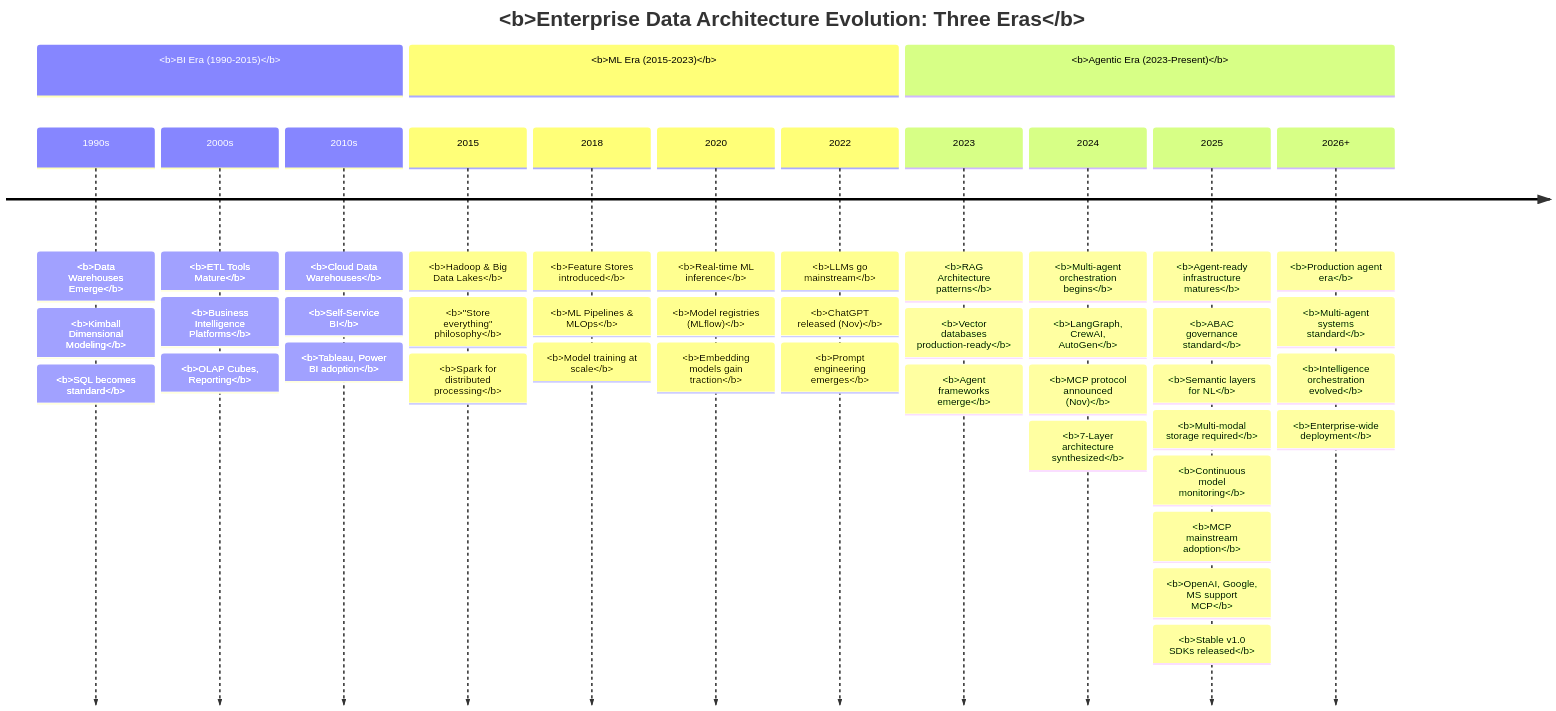
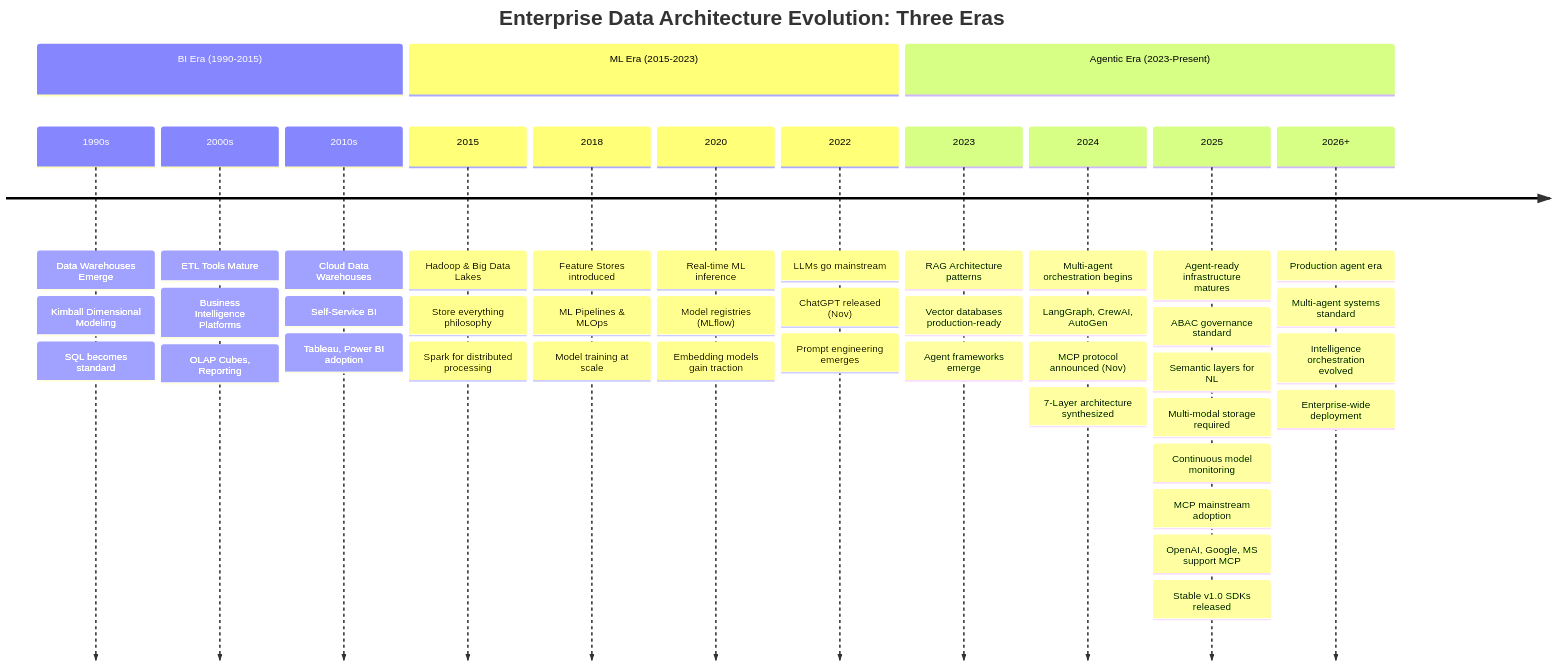
Diagram 16 of 16 in chapter-01/chapter_1_complete.md (colaberry/enterprise-data-readiness-ai-agents), drawn with Mermaid before and after one commit. The commit also changed other lines of this file, not shown here.

Commit message:
diagram 7a touched
diagram 7a touched

````diff
--- a/chapter-01/chapter_1_complete.md
+++ b/chapter-01/chapter_1_complete.md
@@ -2843,50 +2843,52 @@
 ```mermaid
+
 timeline
-    title <b>Enterprise Data Architecture Evolution: Three Eras</b>
+    title Enterprise Data Architecture Evolution: Three Eras
     
-    section <b>BI Era (1990-2015)</b>
-        1990s : <b>Data Warehouses Emerge</b>
-              : <b>Kimball Dimensional Modeling</b>
-              : <b>SQL becomes standard</b>
-        2000s : <b>ETL Tools Mature</b>
-              : <b>Business Intelligence Platforms</b>
-              : <b>OLAP Cubes, Reporting</b>
-        2010s : <b>Cloud Data Warehouses</b>
-              : <b>Self-Service BI</b>
-              : <b>Tableau, Power BI adoption</b>
+    section BI Era (1990-2015)
+        1990s : Data Warehouses Emerge
+              : Kimball Dimensional Modeling
+              : SQL becomes standard
+        2000s : ETL Tools Mature
+              : Business Intelligence Platforms
+              : OLAP Cubes, Reporting
+        2010s : Cloud Data Warehouses
+              : Self-Service BI
+              : Tableau, Power BI adoption
               
-    section <b>ML Era (2015-2023)</b>
-        2015 : <b>Hadoop & Big Data Lakes</b>
-             : <b>"Store everything" philosophy</b>
-             : <b>Spark for distributed processing</b>
-        2018 : <b>Feature Stores introduced</b>
-             : <b>ML Pipelines & MLOps</b>
-             : <b>Model training at scale</b>
-        2020 : <b>Real-time ML inference</b>
-             : <b>Model registries (MLflow)</b>
-             : <b>Embedding models gain traction</b>
-        2022 : <b>LLMs go mainstream</b>
-             : <b>ChatGPT released (Nov)</b>
-             : <b>Prompt engineering emerges</b>
+    section ML Era (2015-2023)
+        2015 : Hadoop & Big Data Lakes
+             : Store everything philosophy
+             : Spark for distributed processing
+        2018 : Feature Stores introduced
+             : ML Pipelines & MLOps
+             : Model training at scale
+        2020 : Real-time ML inference
+             : Model registries (MLflow)
+             : Embedding models gain traction
+        2022 : LLMs go mainstream
+             : ChatGPT released (Nov)
+             : Prompt engineering emerges
              
-    section <b>Agentic Era (2023-Present)</b>
-        2023 : <b>RAG Architecture patterns</b>
-             : <b>Vector databases production-ready</b>
-             : <b>Agent frameworks emerge</b>
-        2024 : <b>Multi-agent orchestration begins</b>
-             : <b>LangGraph, CrewAI, AutoGen</b>
-             : <b>MCP protocol announced (Nov)</b>
-             : <b>7-Layer architecture synthesized</b>
-        2025 : <b>Agent-ready infrastructure matures</b>
-             : <b>ABAC governance standard</b>
-             : <b>Semantic layers for NL</b>
-             : <b>Multi-modal storage required</b>
-             : <b>Continuous model monitoring</b>
-             : <b>MCP mainstream adoption</b>
-             : <b>OpenAI, Google, MS support MCP</b>
-             : <b>Stable v1.0 SDKs released</b>
-        2026+ : <b>Production agent era</b>
-              : <b>Multi-agent systems standard</b>
-              : <b>Intelligence orchestration evolved</b>
-              : <b>Enterprise-wide deployment</b>
+    section Agentic Era (2023-Present)
+        2023 : RAG Architecture patterns
+             : Vector databases production-ready
+             : Agent frameworks emerge
+        2024 : Multi-agent orchestration begins
+             : LangGraph, CrewAI, AutoGen
+             : MCP protocol announced (Nov)
+             : 7-Layer architecture synthesized
+        2025 : Agent-ready infrastructure matures
+             : ABAC governance standard
+             : Semantic layers for NL
+             : Multi-modal storage required
+             : Continuous model monitoring
+             : MCP mainstream adoption
+             : OpenAI, Google, MS support MCP
+             : Stable v1.0 SDKs released
+        2026+ : Production agent era
+              : Multi-agent systems standard
+              : Intelligence orchestration evolved
+              : Enterprise-wide deployment
+              
 ```
````
